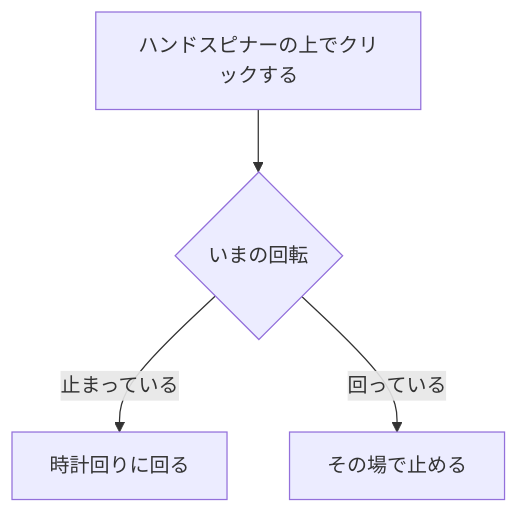
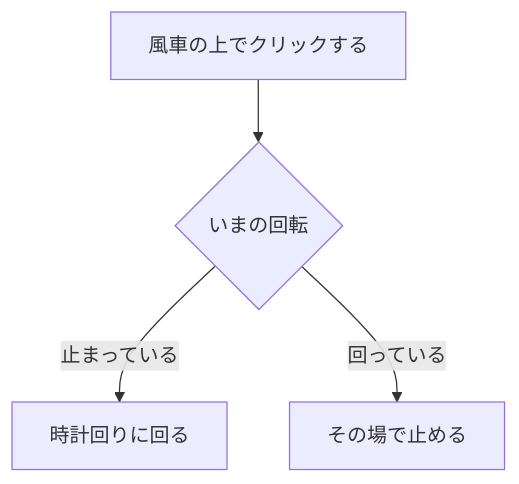
One commit to pfgnsb/hand-spinner changed the fourth of 9 diagrams in spinner/ドキュメント/ユースケース.md. Above: the diagram before and after it, drawn with Mermaid. The commit also changed other lines of this file and 13 other files, not shown here.

````diff
--- a/spinner/ドキュメント/ユースケース.md
+++ b/spinner/ドキュメント/ユースケース.md
@@ -94,6 +94,6 @@
 ```mermaid
 flowchart TD
-  a[ハンドスピナーの上でクリックする] --> b{いまの回転}
+  a[風車の上でクリックする] --> b{いまの回転}
   b -->|止まっている| c[時計回りに回る]
   b -->|回っている| d[その場で止める]
 ```
````
